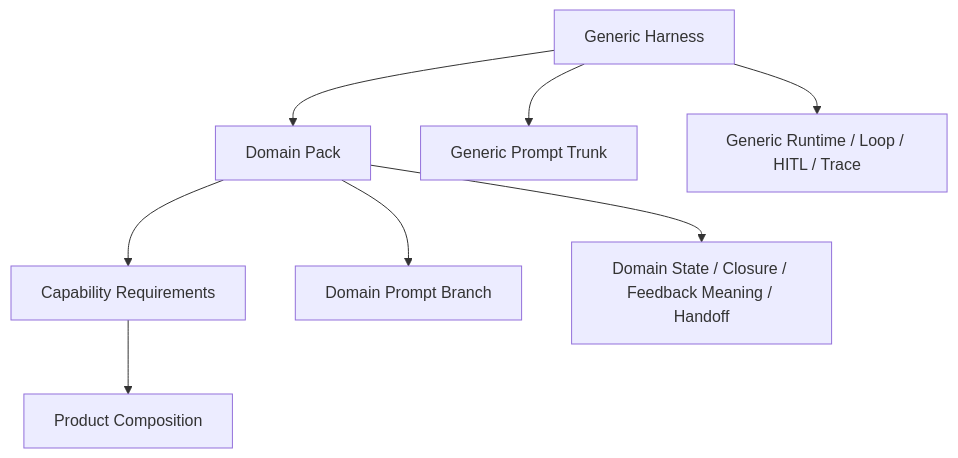
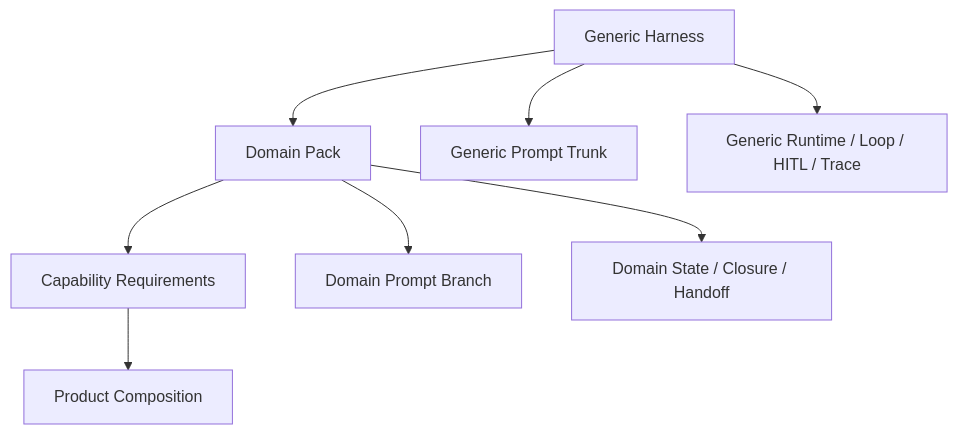
Before and after one commit to bwanedead/Plattera: the diagram in docs/architecture/harness/domain-pack-architecture.md, drawn with Mermaid. The commit also changed other lines of this file and 378 other files, not shown here.

````diff
--- a/docs/architecture/harness/domain-pack-architecture.md
+++ b/docs/architecture/harness/domain-pack-architecture.md
@@ -43,12 +43,12 @@
 ```mermaid
 flowchart TD
     A["Generic Harness"] --> B["Domain Pack"]
     B --> C["Capability Requirements"]
     C --> D["Product Composition"]
 
     A --> E["Generic Prompt Trunk"]
     B --> F["Domain Prompt Branch"]
 
     A --> G["Generic Runtime / Loop / HITL / Trace"]
-    B --> H["Domain State / Closure / Feedback Meaning / Handoff"]
+    B --> H["Domain State / Closure / Handoff"]
 ```
````
